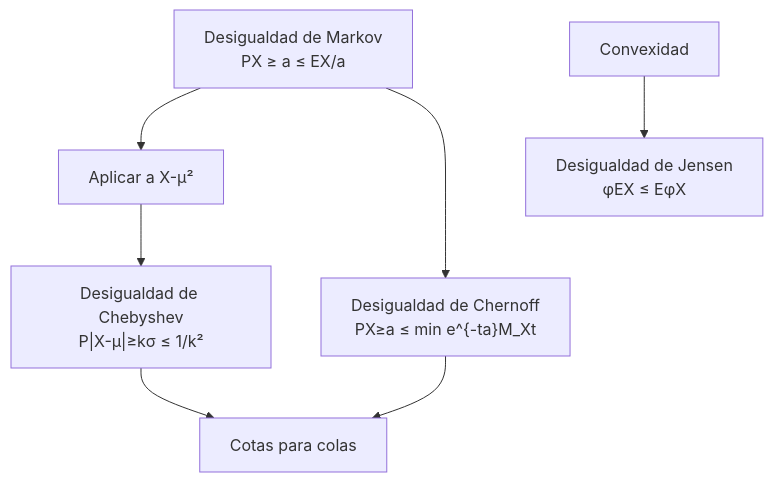
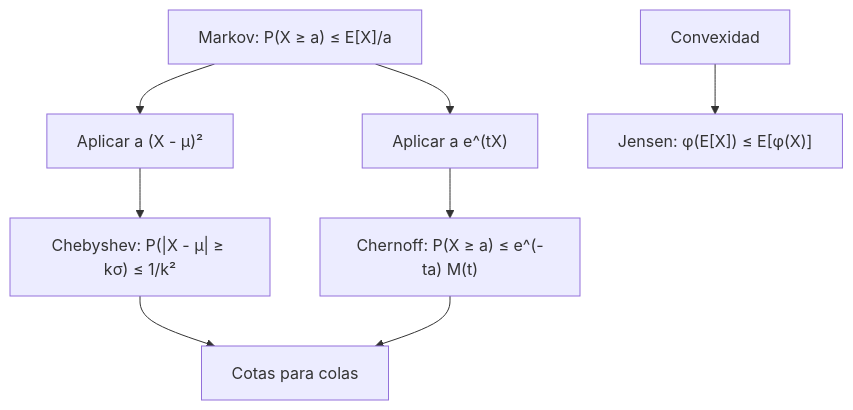
The diagram in public/documents/semester-3/4/3434.md (djaimej/computer-science-template), drawn with Mermaid before and after one commit. The commit also changed other lines of this file and 4 other files, not shown here.

````diff
--- a/public/documents/semester-3/4/3434.md
+++ b/public/documents/semester-3/4/3434.md
@@ -93,13 +123,12 @@
 ```mermaid
 flowchart TD
-    A[Desigualdad de Markov<br>PX ≥ a ≤ EX/a] --> B[Aplicar a X-μ²]
+    A["Markov: P(X ≥ a) ≤ E[X]/a"] --> B["Aplicar a (X - μ)²"]
+    B --> C["Chebyshev: P(|X - μ| ≥ kσ) ≤ 1/k²"]
+    A --> H["Aplicar a e^(tX)"]
+    H --> D["Chernoff: P(X ≥ a) ≤ e^(-ta) M(t)"]
 
-    B --> C["Desigualdad de Chebyshev<br>P|X-μ|≥kσ ≤ 1/k²"]
-
-    A --> D["Desigualdad de Chernoff<br>PX≥a ≤ min e^{-ta}M_Xt"]
-
-    E[Convexidad] --> F[Desigualdad de Jensen<br>φEX ≤ EφX]
+    E[Convexidad] --> F["Jensen: φ(E[X]) ≤ E[φ(X)]"]
 
     C --> G[Cotas para colas]
     D --> G
 ```
````
